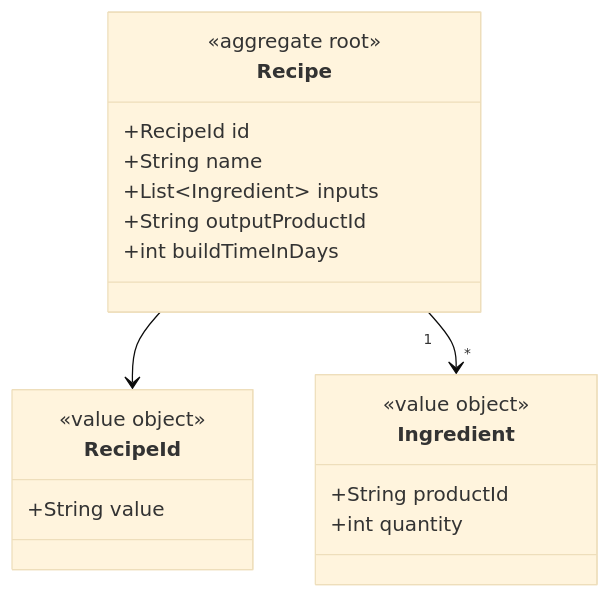
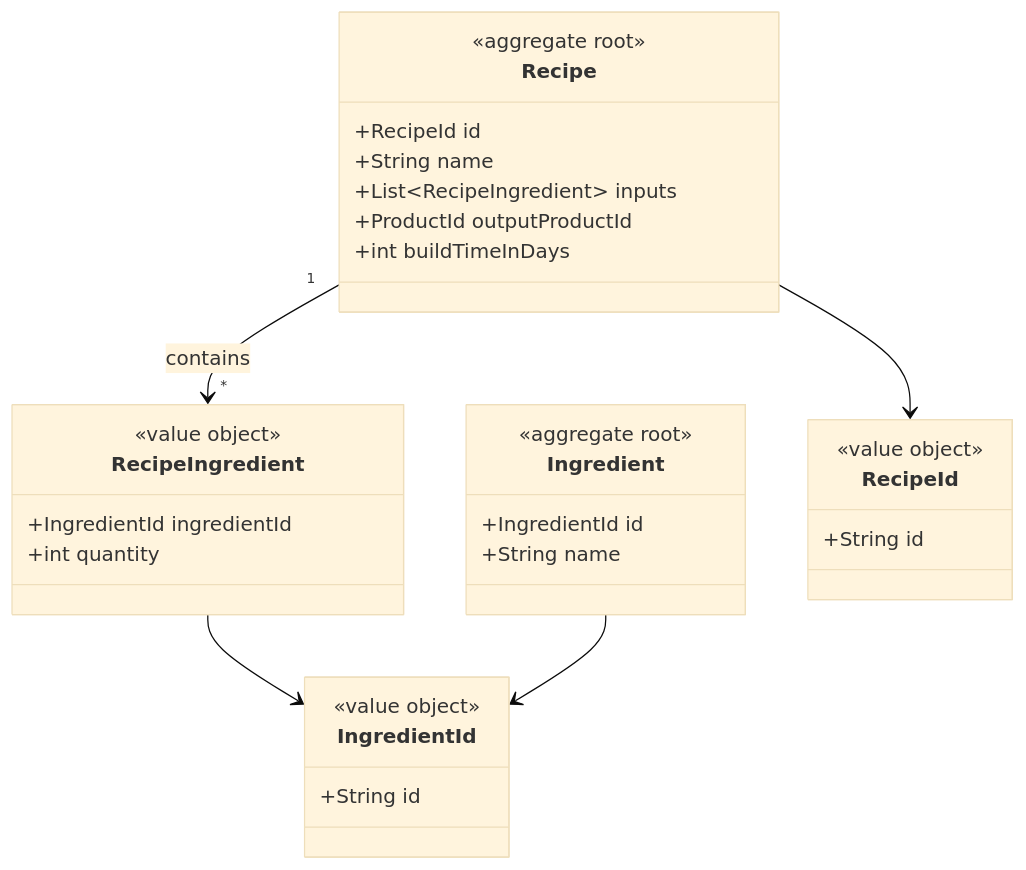
One commit to PauLopNun/workshop-suministros changed the third of 6 diagrams in production/ddd.md. Above: the diagram before and after it, drawn with Mermaid (base theme). The commit also changed other lines of this file, not shown here.

````diff
--- a/production/ddd.md
+++ b/production/ddd.md
@@ -74,22 +79,33 @@
 ```mermaid
 classDiagram
     class Recipe {
         <<aggregate root>>
         +RecipeId id
         +String name
-        +List~Ingredient~ inputs
-        +String outputProductId
+        +List~RecipeIngredient~ inputs
+        +ProductId outputProductId
         +int buildTimeInDays
     }
+    class RecipeIngredient {
+        <<value object>>
+        +IngredientId ingredientId
+        +int quantity
+    }
     class Ingredient {
+        <<aggregate root>>
+        +IngredientId id
+        +String name
+    }
+    class IngredientId {
         <<value object>>
-        +String productId
-        +int quantity
+        +String id
     }
     class RecipeId {
         <<value object>>
-        +String value
+        +String id
     }
     Recipe --> RecipeId
-    Recipe "1" --> "*" Ingredient
+    Recipe "1" --> "*" RecipeIngredient : contains
+    RecipeIngredient --> IngredientId
+    Ingredient --> IngredientId
 ```
````
